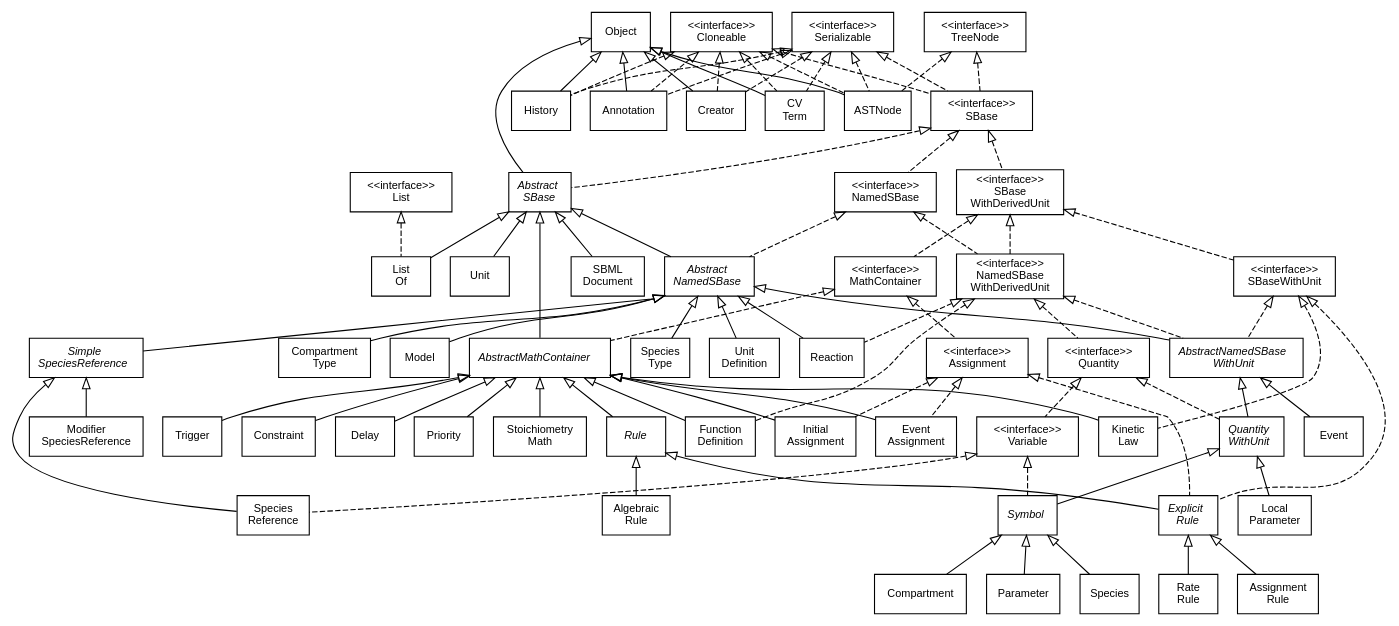
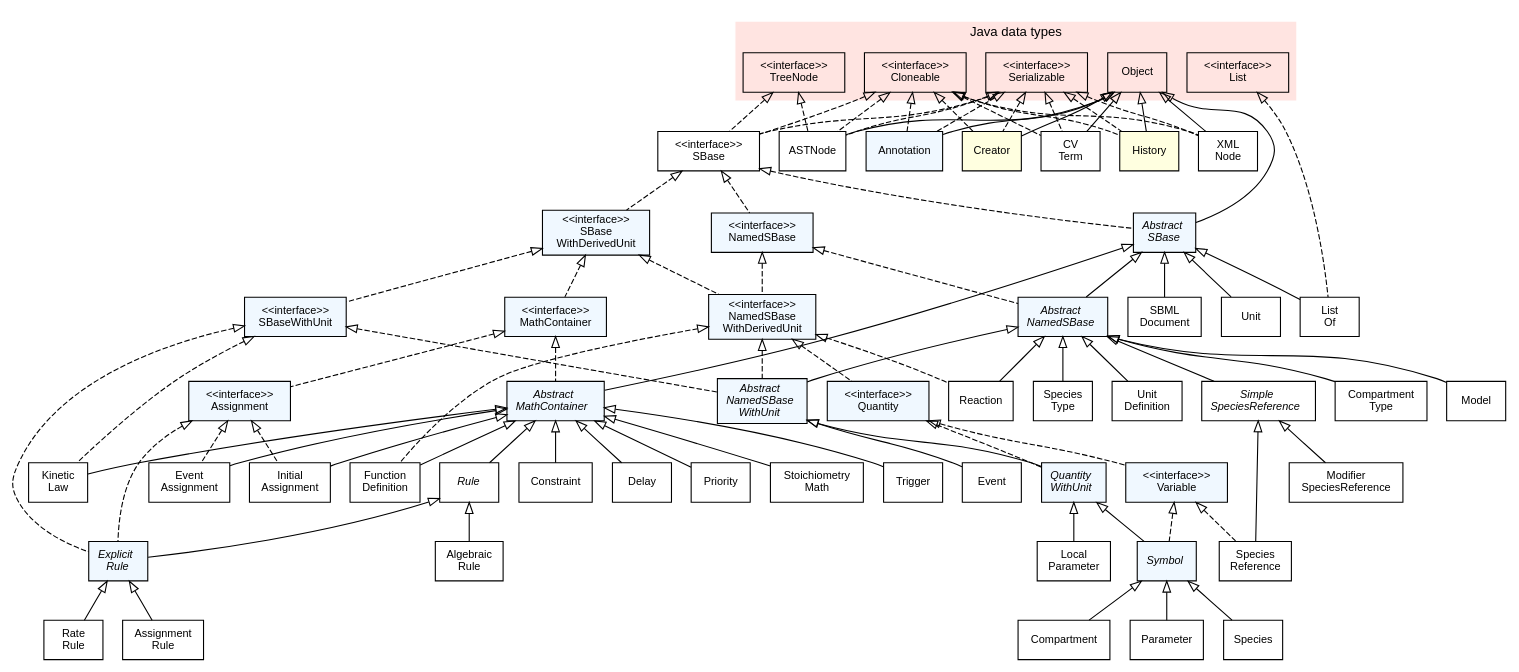
Before and after one commit to sbmlteam/jsbml: the diagram in doc/img/FullTypeHierarchy.dot, drawn with Graphviz. The commit also changed 6 other files, not shown here.

```diff
--- a/doc/img/FullTypeHierarchy.dot
+++ b/doc/img/FullTypeHierarchy.dot
@@ -5,78 +5,95 @@
 
 strict digraph G{
 
-	  nodesep=0.25;
-	  ranksep=0.5;
-	    
-  	edge [
-  	  fontname="Helvetica",
-  	  fontsize=10,
-  	  labelfontname="Helvetica",
-  	  labelfontsize=10
-  	];
-	  node [
-	    fontname="Helvetica",
-	    fontsize=10,
-	    shape=box
-	  ];
+	nodesep=0.25;
+	ranksep=0.5;
+
+	edge [
+	  fontname="Helvetica",
+	  fontsize=10,
+	  labelfontname="Helvetica",
+	  labelfontsize=10
+	];
+	node [
+	  fontname="Helvetica",
+	  fontsize=10,
+	  shape=box
+	];
+
+
+  subgraph clusterJava {
+    fontname="Helvetica";
+    fontsize=12;
+    style="filled";
+    fillcolor="#FFE4E1"
+    color="#ffffff"
+    label="Java data types";
+    labelloc=t;
+    labeljust=c;
+
+    // Interfaces
+    Cloneable                              [label="<<interface>>\nCloneable"];
+    List                                   [label="<<interface>>\nList"];
+    Serializable                           [label="<<interface>>\nSerializable"];
+    TreeNode                               [label="<<interface>>\nTreeNode"];
+
+    // Objects
+    Object                                 [label="Object"];
+
+  }
 
   /*
    * Interfaces
    */
-     
-  Assignment                               [label="<<interface>>\nAssignment"];
-  Cloneable                                [label="<<interface>>\nCloneable"];
-  List                                     [label="<<interface>>\nList"];
-  MathContainer                            [label="<<interface>>\nMathContainer"];
-  NamedSBase                               [label="<<interface>>\nNamedSBase"];
-  NamedSBaseWithDerivedUnit                [label="<<interface>>\nNamedSBase\nWithDerivedUnit"];
-  Quantity                                 [label="<<interface>>\nQuantity"];
-  SBaseWithDerivedUnit                     [label="<<interface>>\nSBase\nWithDerivedUnit"];
-  SBaseWithUnit                            [label="<<interface>>\nSBaseWithUnit"];
+
+  Assignment                               [label="<<interface>>\nAssignment", style="filled", fillcolor="#F0F8FF"];
+  MathContainer                            [label="<<interface>>\nMathContainer", style="filled", fillcolor="#F0F8FF"];
+  NamedSBase                               [label="<<interface>>\nNamedSBase", style="filled", fillcolor="#F0F8FF"];
+  NamedSBaseWithDerivedUnit                [label="<<interface>>\nNamedSBase\nWithDerivedUnit", style="filled", fillcolor="#F0F8FF"];
+  Quantity                                 [label="<<interface>>\nQuantity", style="filled", fillcolor="#F0F8FF"];
+  SBaseWithDerivedUnit                     [label="<<interface>>\nSBase\nWithDerivedUnit", style="filled", fillcolor="#F0F8FF"];
+  SBaseWithUnit                            [label="<<interface>>\nSBaseWithUnit", style="filled", fillcolor="#F0F8FF"];
   SBase                                    [label="<<interface>>\nSBase"];
-  Serializable                             [label="<<interface>>\nSerializable"];
-  TreeNode                                 [label="<<interface>>\nTreeNode"];
-  Variable                                 [label="<<interface>>\nVariable"];
-  
+  Variable                                 [label="<<interface>>\nVariable", style="filled", fillcolor="#F0F8FF"];
+
   /*
    * Abstract data types
    */
-  
-  AbstractMathContainer                    [label=<<font face="Helvetica-Oblique">AbstractMathContainer</font>>];
-  AbstractNamedSBase                       [label=<<font face="Helvetica-Oblique">Abstract<br/>NamedSBase</font>>];
-  AbstractNamedSBaseWithUnit               [label=<<font face="Helvetica-Oblique">AbstractNamedSBase<br/>WithUnit</font>>];
-  AbstractSBase                            [label=<<font face="Helvetica-Oblique">Abstract<br/>SBase</font>>];
-  ExplicitRule                             [label=<<font face="Helvetica-Oblique">Explicit<br/>Rule</font>>];
+
+  AbstractMathContainer                    [label=<<font face="Helvetica-Oblique">Abstract<br/>MathContainer</font>>, style="filled", fillcolor="#F0F8FF"];
+  AbstractNamedSBase                       [label=<<font face="Helvetica-Oblique">Abstract<br/>NamedSBase</font>>, style="filled", fillcolor="#F0F8FF"];
+  AbstractNamedSBaseWithUnit               [label=<<font face="Helvetica-Oblique">Abstract<br/>NamedSBase<br/>WithUnit</font>>, style="filled", fillcolor="#F0F8FF"];
+  AbstractSBase                            [label=<<font face="Helvetica-Oblique">Abstract<br/>SBase</font>>, style="filled", fillcolor="#F0F8FF"];
+  ExplicitRule                             [label=<<font face="Helvetica-Oblique">Explicit<br/>Rule</font>>, style="filled", fillcolor="#F0F8FF"];
   Rule                                     [label=<<font face="Helvetica-Oblique">Rule</font>>];
   SimpleSpeciesReference                   [label=<<font face="Helvetica-Oblique">Simple<br/>SpeciesReference</font>>];
-  QuantityWithUnit                         [label=<<font face="Helvetica-Oblique">Quantity<br/>WithUnit</font>>];
-  Symbol                                   [label=<<font face="Helvetica-Oblique">Symbol</font>>];
+  QuantityWithUnit                         [label=<<font face="Helvetica-Oblique">Quantity<br/>WithUnit</font>>, style="filled", fillcolor="#F0F8FF"];
+  Symbol                                   [label=<<font face="Helvetica-Oblique">Symbol</font>>, style="filled", fillcolor="#F0F8FF"];
 
   /*
    * Objects
    */
-   
+
   AlgebraicRule                            [label="Algebraic\nRule"];
-  Annotation                               [label="Annotation"];
+  Annotation                               [label="Annotation", style="filled", fillcolor="#F0F8FF"];
   AssignmentRule                           [label="Assignment\nRule"];
   ASTNode                                  [label="ASTNode"];
   Compartment                              [label="Compartment"];
   CompartmentType                          [label="Compartment\nType"];
   Constraint                               [label="Constraint"];
-  Creator                                  [label="Creator"];
+  Creator                                  [label="Creator", style="filled", fillcolor="#FFFFE0"];
   CVTerm                                   [label="CV\nTerm"];
   Delay                                    [label="Delay"];
   Event                                    [label="Event"];
   EventAssignment                          [label="Event\nAssignment"];
   FunctionDefinition                       [label="Function\nDefinition"];
-  History                                  [label="History"];
+  History                                  [label="History", style="filled", fillcolor="#FFFFE0"];
   InitialAssignment                        [label="Initial\nAssignment"];
   KineticLaw                               [label="Kinetic\nLaw"];
   ListOf                                   [label="List\nOf"];
   LocalParameter                           [label="Local\nParameter"];
   Model                                    [label="Model"];
   ModifierSpeciesReference                 [label="Modifier\nSpeciesReference"];
-  Object                                   [label="Object"];
   Parameter                                [label="Parameter"];
   Priority                                 [label="Priority"];
   RateRule                                 [label="Rate\nRule"];
@@ -89,10 +106,11 @@
   Trigger                                  [label="Trigger"];
   Unit                                     [label="Unit"];
   UnitDefinition                           [label="Unit\nDefinition"];
-  
+  XMLNode                                  [label="XML\nNode"];
+
   /*
    * Inheritance
-   */  
+   */
 
   AbstractNamedSBase         -> AbstractNamedSBaseWithUnit [dir=back,arrowtail=empty];
   AbstractNamedSBase         -> CompartmentType            [dir=back,arrowtail=empty];
@@ -128,6 +146,7 @@
   Cloneable                  -> CVTerm                     [dir=back,arrowtail=empty,style=dashed];
   Cloneable                  -> History                    [dir=back,arrowtail=empty,style=dashed];
   Cloneable                  -> SBase                      [dir=back,arrowtail=empty,style=dashed];
+  Cloneable                  -> XMLNode                    [dir=back,arrowtail=empty,style=dashed];
   ExplicitRule               -> AssignmentRule             [dir=back,arrowtail=empty];
   ExplicitRule               -> RateRule                   [dir=back,arrowtail=empty];
   List                       -> ListOf                     [dir=back,arrowtail=empty,style=dashed];
@@ -145,6 +164,7 @@
   Object                     -> Creator                    [dir=back,arrowtail=empty];
   Object                     -> CVTerm                     [dir=back,arrowtail=empty];
   Object                     -> History                    [dir=back,arrowtail=empty];
+  Object                     -> XMLNode                    [dir=back,arrowtail=empty];
   Quantity                   -> QuantityWithUnit           [dir=back,arrowtail=empty,style=dashed];
   Quantity                   -> Variable                   [dir=back,arrowtail=empty,style=dashed];
   QuantityWithUnit           -> LocalParameter             [dir=back,arrowtail=empty];
@@ -168,11 +188,12 @@
   Serializable               -> CVTerm                     [dir=back,arrowtail=empty,style=dashed];
   Serializable               -> History                    [dir=back,arrowtail=empty,style=dashed];
   Serializable               -> SBase                      [dir=back,arrowtail=empty,style=dashed];
+  Serializable               -> XMLNode                    [dir=back,arrowtail=empty,style=dashed];
   Symbol                     -> Compartment                [dir=back,arrowtail=empty];
   Symbol                     -> Parameter                  [dir=back,arrowtail=empty];
   Symbol                     -> Species                    [dir=back,arrowtail=empty];
   TreeNode                   -> ASTNode                    [dir=back,arrowtail=empty,style=dashed];
   TreeNode                   -> SBase                      [dir=back,arrowtail=empty,style=dashed];
-  Variable                   -> SpeciesReference           [dir=back,arrowtail=empty,style=dashed];  
+  Variable                   -> SpeciesReference           [dir=back,arrowtail=empty,style=dashed];
   Variable                   -> Symbol                     [dir=back,arrowtail=empty,style=dashed];
 }
```
